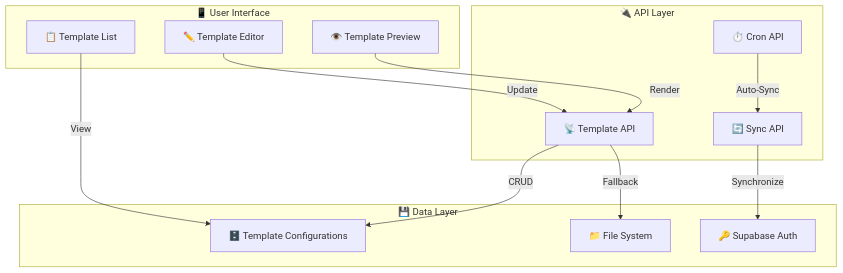
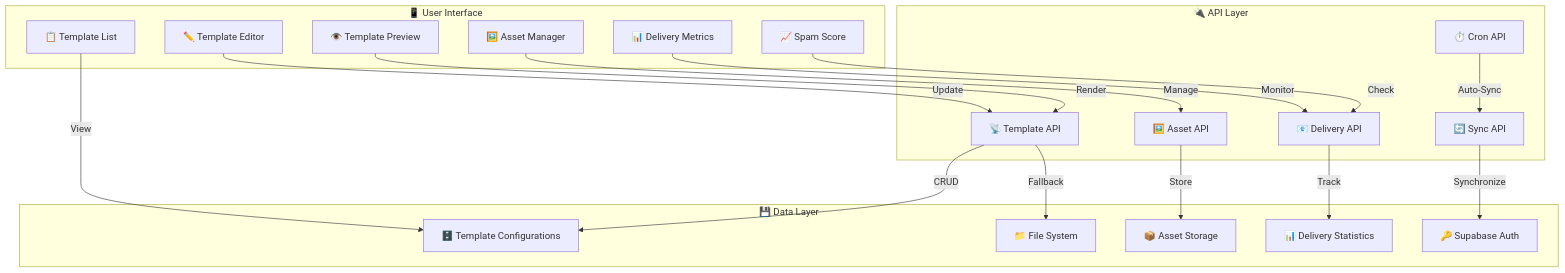
The sixth of 12 diagrams in docs/architecture/system_architecture_flowchart.md (mrj0nesmtl/cloud-burst), drawn with Mermaid before and after one commit. The commit also changed other lines of this file and 85 other files, not shown here.

````diff
--- a/docs/architecture/system_architecture_flowchart.md
+++ b/docs/architecture/system_architecture_flowchart.md
@@ -354,28 +375,42 @@
 ```mermaid
 flowchart TD
     subgraph UI[📱 User Interface]
         TemplateList[📋 Template List]
         Editor[✏️ Template Editor]
         Preview[👁️ Template Preview]
+        AssetManager[🖼️ Asset Manager]
+        DeliveryMetrics[📊 Delivery Metrics]
+        SpamScore[📈 Spam Score]
     end
 
     subgraph API[🔌 API Layer]
         TemplateAPI[📡 Template API]
         SyncAPI[🔄 Sync API]
         CronAPI[⏱️ Cron API]
+        AssetAPI[🖼️ Asset API]
+        DeliveryAPI[📧 Delivery API]
     end
 
     subgraph Data[💾 Data Layer]
         TemplateDB[🗄️ Template Configurations]
         SupaAuth[🔑 Supabase Auth]
         FileSystem[📁 File System]
+        AssetStorage[📦 Asset Storage]
+        DeliveryStats[📊 Delivery Statistics]
     end
 
     TemplateList -->|View| TemplateDB
     Editor -->|Update| TemplateAPI
     Preview -->|Render| TemplateAPI
+    AssetManager -->|Manage| AssetAPI
+    DeliveryMetrics -->|Monitor| DeliveryAPI
+    SpamScore -->|Check| DeliveryAPI
+    
     TemplateAPI -->|CRUD| TemplateDB
     SyncAPI -->|Synchronize| SupaAuth
     CronAPI -->|Auto-Sync| SyncAPI
+    AssetAPI -->|Store| AssetStorage
+    DeliveryAPI -->|Track| DeliveryStats
+    
     TemplateAPI -->|Fallback| FileSystem
 ```
````
